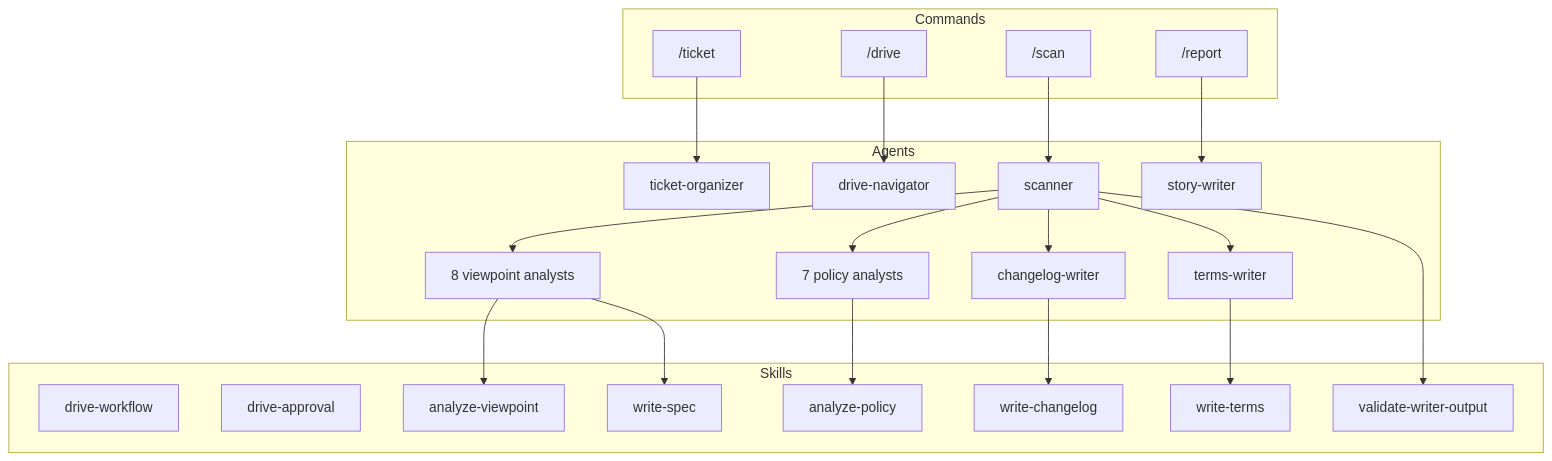
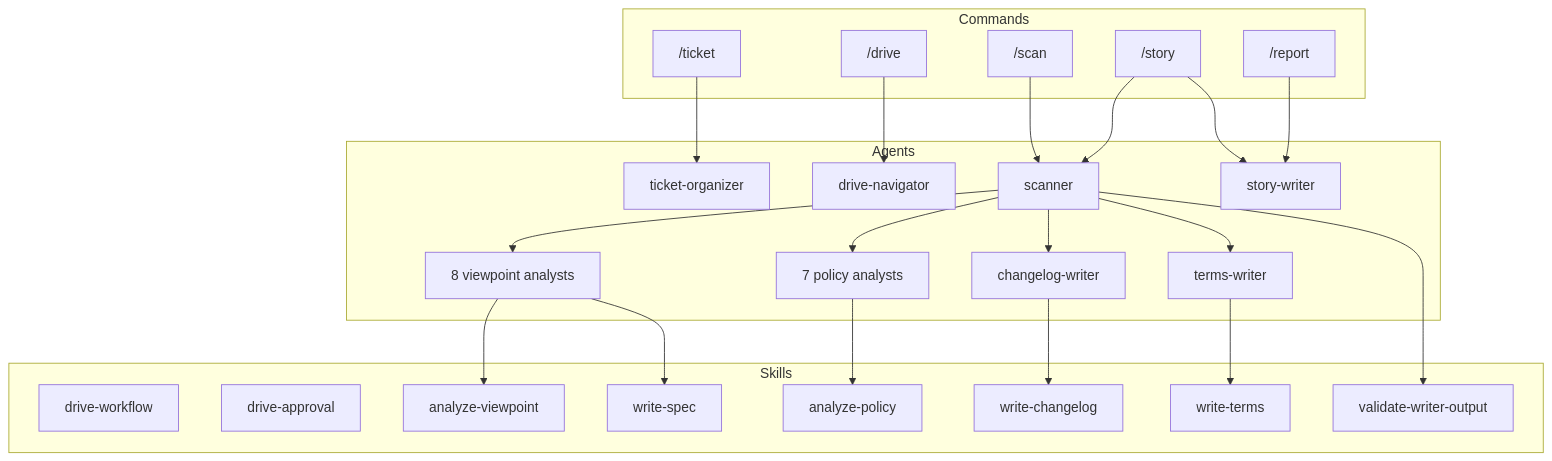
Before and after one commit to qmu/workaholic: the diagram in .workaholic/specs/component.md, drawn with Mermaid. The commit also changed 10 other files, not shown here.

````diff
--- a/.workaholic/specs/component.md
+++ b/.workaholic/specs/component.md
@@ -101,46 +101,49 @@
 ```mermaid
 flowchart TD
     subgraph Commands
         ticket["/ticket"]
         drive["/drive"]
         scan["/scan"]
+        story["/story"]
         report["/report"]
     end
 
     subgraph Agents
         TO[ticket-organizer]
         DN[drive-navigator]
         SC[scanner]
         SW[story-writer]
         VA[8 viewpoint analysts]
         PA[7 policy analysts]
         CW[changelog-writer]
         TW[terms-writer]
     end
 
     subgraph Skills
         DW[drive-workflow]
         DA[drive-approval]
         AV[analyze-viewpoint]
         AP[analyze-policy]
         WS[write-spec]
         WT[write-terms]
         WC[write-changelog]
         VW[validate-writer-output]
     end
 
     ticket --> TO
     drive --> DN
     scan --> SC
+    story --> SC
+    story --> SW
     report --> SW
     SC --> VA
     SC --> PA
     SC --> CW
     SC --> TW
     VA --> AV
     VA --> WS
     PA --> AP
     CW --> WC
     TW --> WT
     SC --> VW
 ```
````
